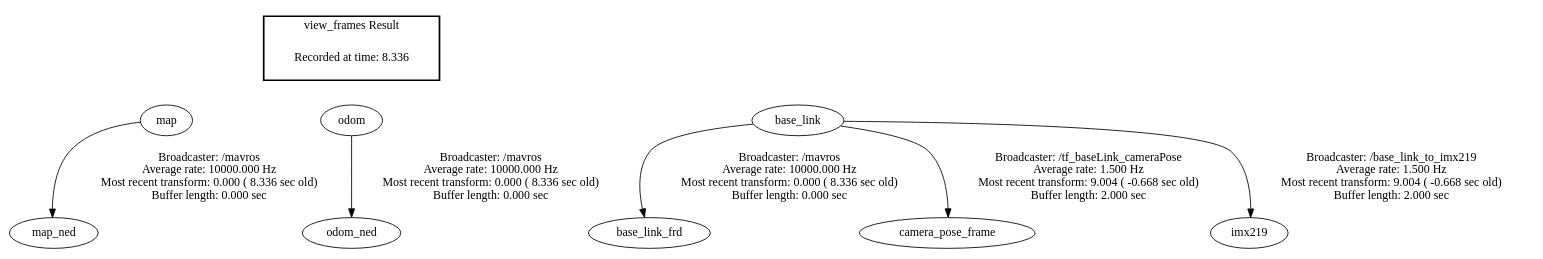
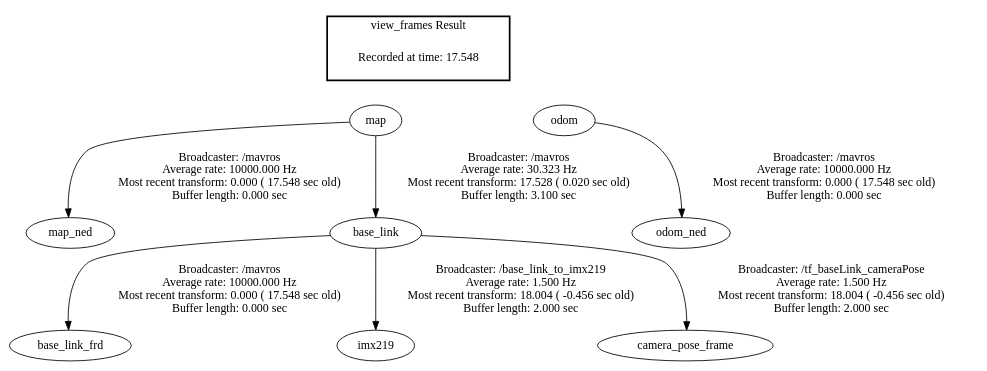
The diagram in frames.gv (BenAgro314/catkin_ws_engsci), drawn with Graphviz before and after one commit. The commit also changed 5 other files, not shown here.

```diff
--- a/frames.gv
+++ b/frames.gv
@@ -1,19 +1,16 @@
 digraph G {
-"map" -> "map_ned"[label="Broadcaster: /mavros\nAverage rate: 10000.000 Hz\nMost recent transform: 0.000 ( 8.336 sec old)\nBuffer length: 0.000 sec\n"];
-"odom" -> "odom_ned"[label="Broadcaster: /mavros\nAverage rate: 10000.000 Hz\nMost recent transform: 0.000 ( 8.336 sec old)\nBuffer length: 0.000 sec\n"];
-"base_link" -> "base_link_frd"[label="Broadcaster: /mavros\nAverage rate: 10000.000 Hz\nMost recent transform: 0.000 ( 8.336 sec old)\nBuffer length: 0.000 sec\n"];
-"base_link" -> "camera_pose_frame"[label="Broadcaster: /tf_baseLink_cameraPose\nAverage rate: 1.500 Hz\nMost recent transform: 9.004 ( -0.668 sec old)\nBuffer length: 2.000 sec\n"];
-"base_link" -> "imx219"[label="Broadcaster: /base_link_to_imx219\nAverage rate: 1.500 Hz\nMost recent transform: 9.004 ( -0.668 sec old)\nBuffer length: 2.000 sec\n"];
+"map" -> "map_ned"[label="Broadcaster: /mavros\nAverage rate: 10000.000 Hz\nMost recent transform: 0.000 ( 17.548 sec old)\nBuffer length: 0.000 sec\n"];
+"odom" -> "odom_ned"[label="Broadcaster: /mavros\nAverage rate: 10000.000 Hz\nMost recent transform: 0.000 ( 17.548 sec old)\nBuffer length: 0.000 sec\n"];
+"base_link" -> "base_link_frd"[label="Broadcaster: /mavros\nAverage rate: 10000.000 Hz\nMost recent transform: 0.000 ( 17.548 sec old)\nBuffer length: 0.000 sec\n"];
+"map" -> "base_link"[label="Broadcaster: /mavros\nAverage rate: 30.323 Hz\nMost recent transform: 17.528 ( 0.020 sec old)\nBuffer length: 3.100 sec\n"];
+"base_link" -> "imx219"[label="Broadcaster: /base_link_to_imx219\nAverage rate: 1.500 Hz\nMost recent transform: 18.004 ( -0.456 sec old)\nBuffer length: 2.000 sec\n"];
+"base_link" -> "camera_pose_frame"[label="Broadcaster: /tf_baseLink_cameraPose\nAverage rate: 1.500 Hz\nMost recent transform: 18.004 ( -0.456 sec old)\nBuffer length: 2.000 sec\n"];
 edge [style=invis];
  subgraph cluster_legend { style=bold; color=black; label ="view_frames Result";
-"Recorded at time: 8.336"[ shape=plaintext ] ;
+"Recorded at time: 17.548"[ shape=plaintext ] ;
  }->"map";
 edge [style=invis];
  subgraph cluster_legend { style=bold; color=black; label ="view_frames Result";
-"Recorded at time: 8.336"[ shape=plaintext ] ;
+"Recorded at time: 17.548"[ shape=plaintext ] ;
  }->"odom";
-edge [style=invis];
- subgraph cluster_legend { style=bold; color=black; label ="view_frames Result";
-"Recorded at time: 8.336"[ shape=plaintext ] ;
- }->"base_link";
 }
```
